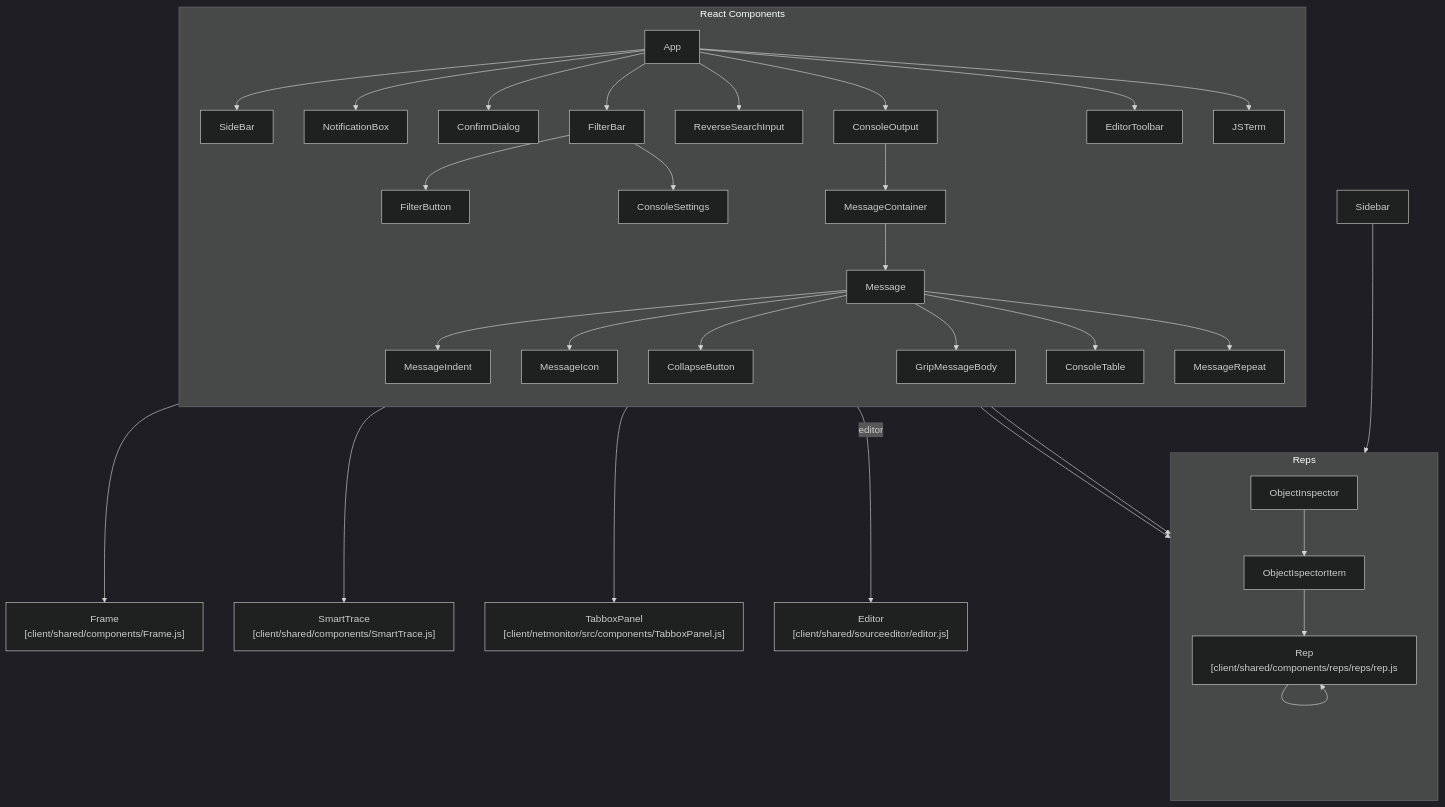
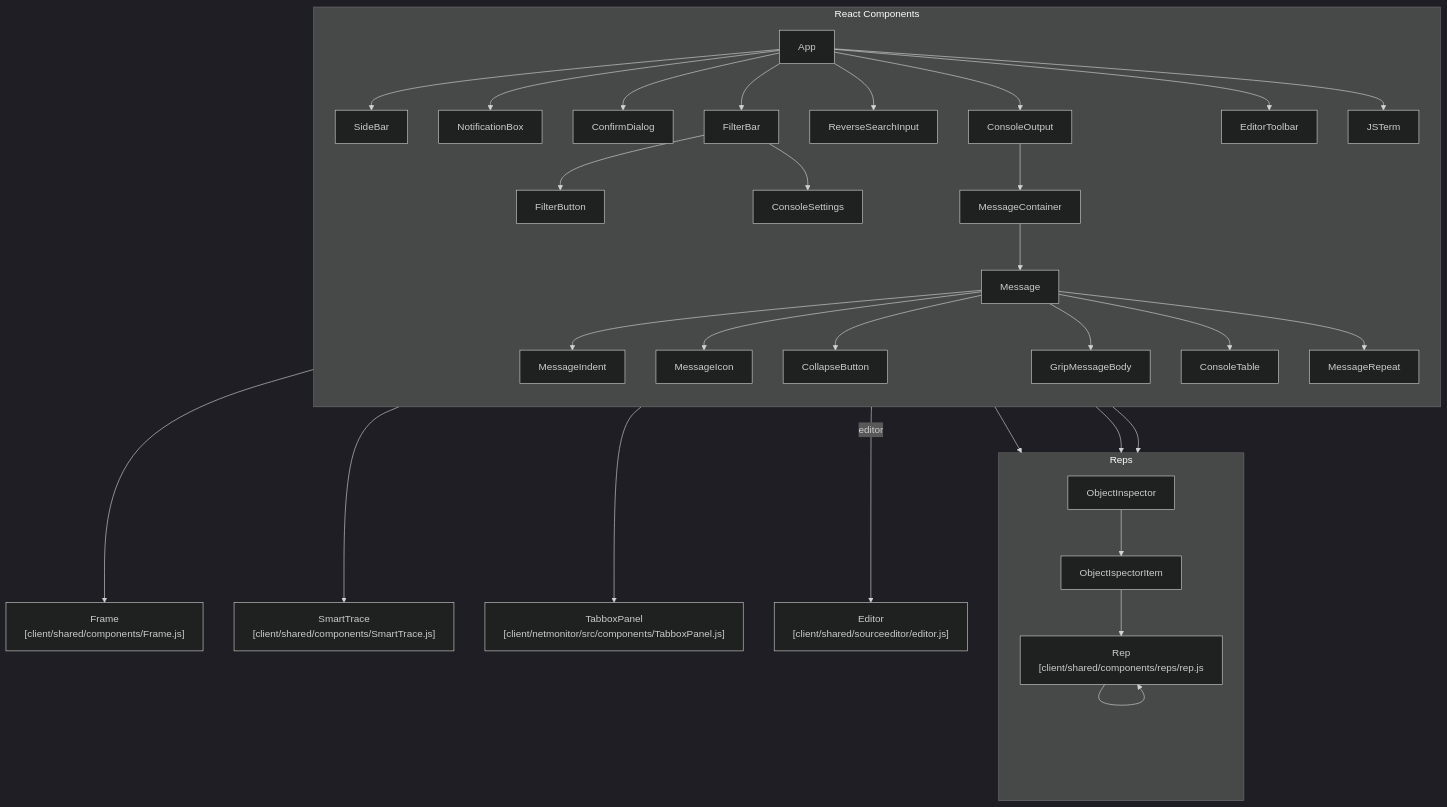
One commit to bolucat/Firefox changed the second of 2 diagrams in devtools/docs/contributor/tools/console-panel.md. Above: the diagram before and after it, drawn with Mermaid (dark theme). The commit also changed 619 other files, not shown here.

````diff
--- a/devtools/docs/contributor/tools/console-panel.md
+++ b/devtools/docs/contributor/tools/console-panel.md
@@ -30,17 +30,17 @@
 ```{mermaid}
 flowchart TB
 subgraph React Components
 direction TB
 App --> SideBar & NotificationBox & ConfirmDialog & FilterBar & ReverseSearchInput & ConsoleOutput & EditorToolbar & JSTerm
 FilterBar --> FilterButton & ConsoleSettings
 ConsoleOutput --> MessageContainer --> Message
 Message --> MessageIndent & MessageIcon & CollapseButton & GripMessageBody & ConsoleTable & MessageRepeat
 end
 subgraph Reps
 direction TB
-ObjectInspector["ObjectInspector"] --> ObjectIspectorItem --> Rep["Rep<br/>[client/shared/components/reps/reps/rep.js"] --> Rep
+ObjectInspector["ObjectInspector"] --> ObjectIspectorItem --> Rep["Rep<br/>[client/shared/components/reps/rep.js"] --> Rep
 end
-Sidebar & ConsoleTable & GripMessageBody --> Reps
+SideBar & ConsoleTable & GripMessageBody --> Reps
 Message --> Frame["Frame<br/>[client/shared/components/Frame.js]"] & SmartTrace["SmartTrace<br/>[client/shared/components/SmartTrace.js]"] & TabboxPanel["TabboxPanel<br/>[client/netmonitor/src/components/TabboxPanel.js]"]
 JSTerm -- editor --> Editor["Editor<br/>[client/shared/sourceeditor/editor.js]"]
 ```
````
